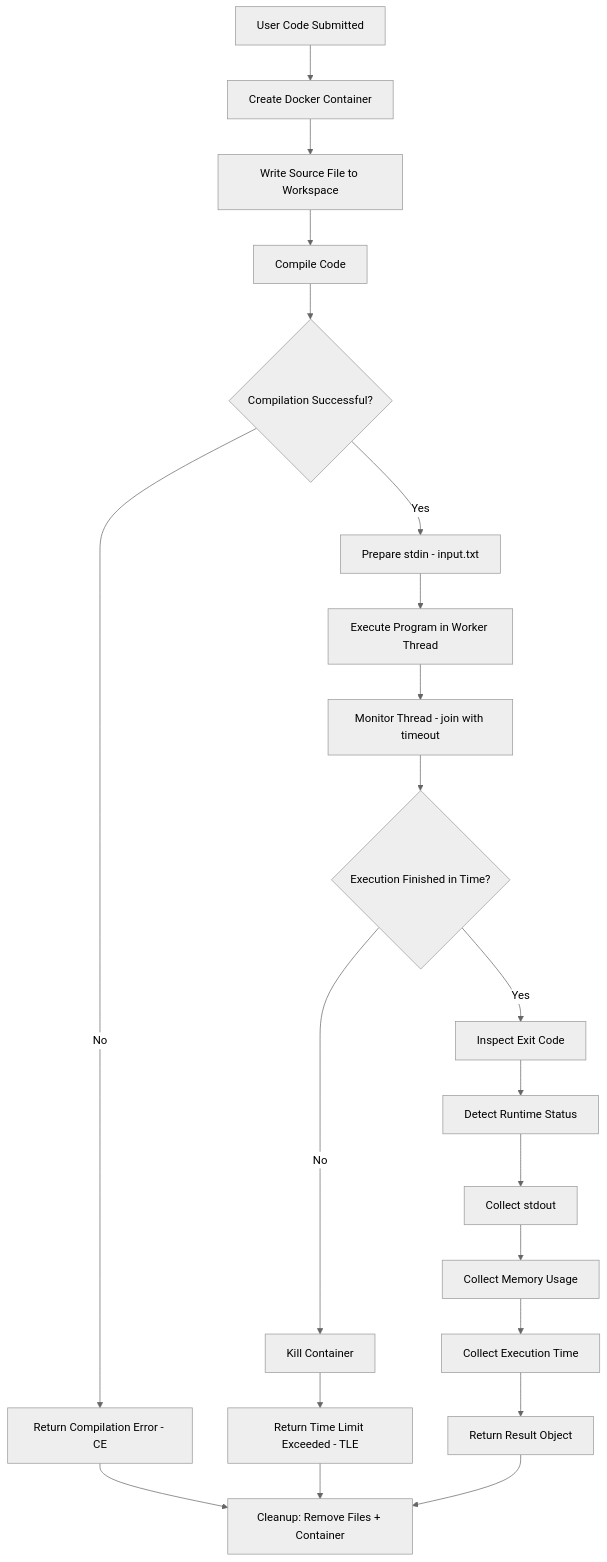
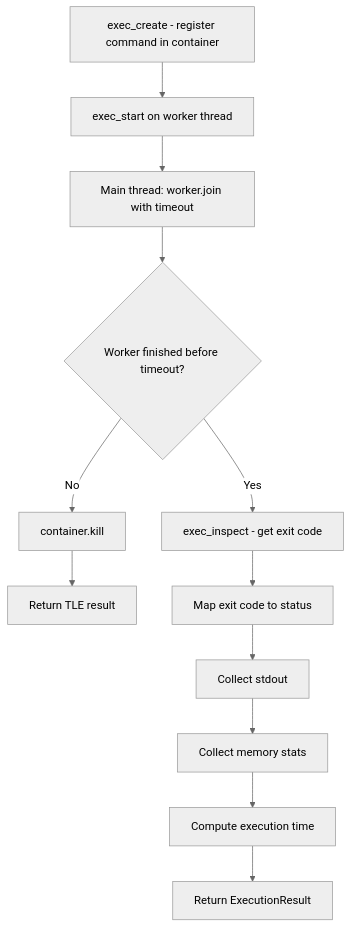
Before and after one commit to DevXDividends/CodeForge-RCE: the second of 2 diagrams in README.md, drawn with Mermaid (neutral theme). The commit also changed other lines of this file, not shown here.

````diff
--- a/README.md
+++ b/README.md
@@ -148,23 +372,14 @@
 ```mermaid
 flowchart TD
-    A[User Code Submitted] --> B[Create Docker Container]
-    B --> C[Write Source File to Workspace]
-    C --> D[Compile Code]
-    D --> E{Compilation Successful?}
-    E -- No --> F[Return Compilation Error - CE]
-    E -- Yes --> G[Prepare stdin - input.txt]
-    G --> H[Execute Program in Worker Thread]
-    H --> I[Monitor Thread - join with timeout]
-    I --> J{Execution Finished in Time?}
-    J -- No --> K[Kill Container]
-    K --> L[Return Time Limit Exceeded - TLE]
-    J -- Yes --> M[Inspect Exit Code]
-    M --> N[Detect Runtime Status]
-    N --> O[Collect stdout]
-    O --> P[Collect Memory Usage]
-    P --> Q[Collect Execution Time]
-    Q --> R[Return Result Object]
-    R --> S[Cleanup: Remove Files + Container]
-    F --> S
-    L --> S
+    A[exec_create - register command in container] --> B[exec_start on worker thread]
+    B --> C[Main thread: worker.join with timeout]
+    C --> D{Worker finished before timeout?}
+    D -- No --> E[container.kill]
+    E --> F[Return TLE result]
+    D -- Yes --> G[exec_inspect - get exit code]
+    G --> H[Map exit code to status]
+    H --> I[Collect stdout]
+    I --> J[Collect memory stats]
+    J --> K[Compute execution time]
+    K --> L[Return ExecutionResult]
 ```
````
